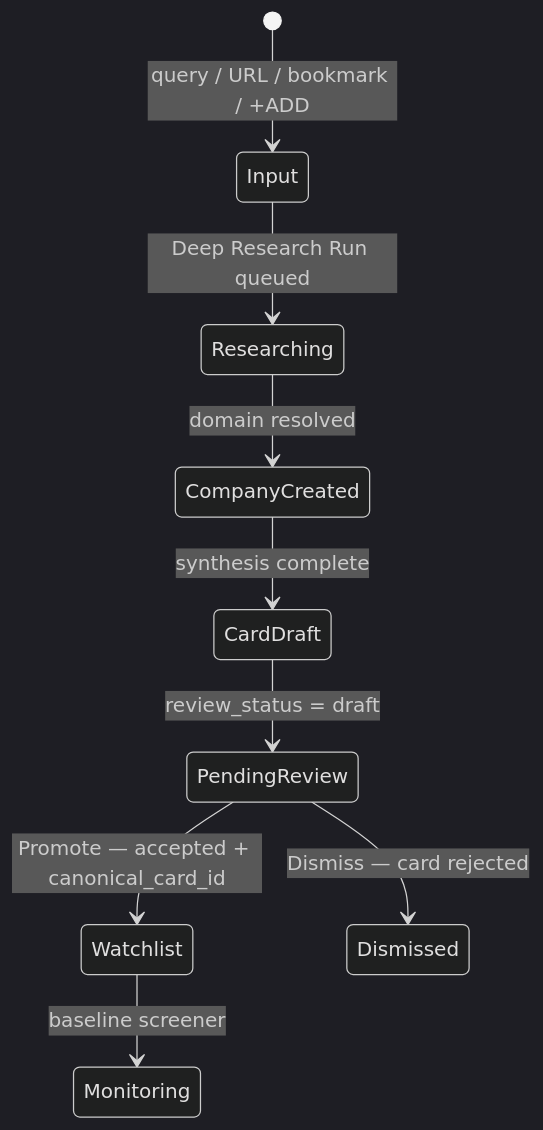
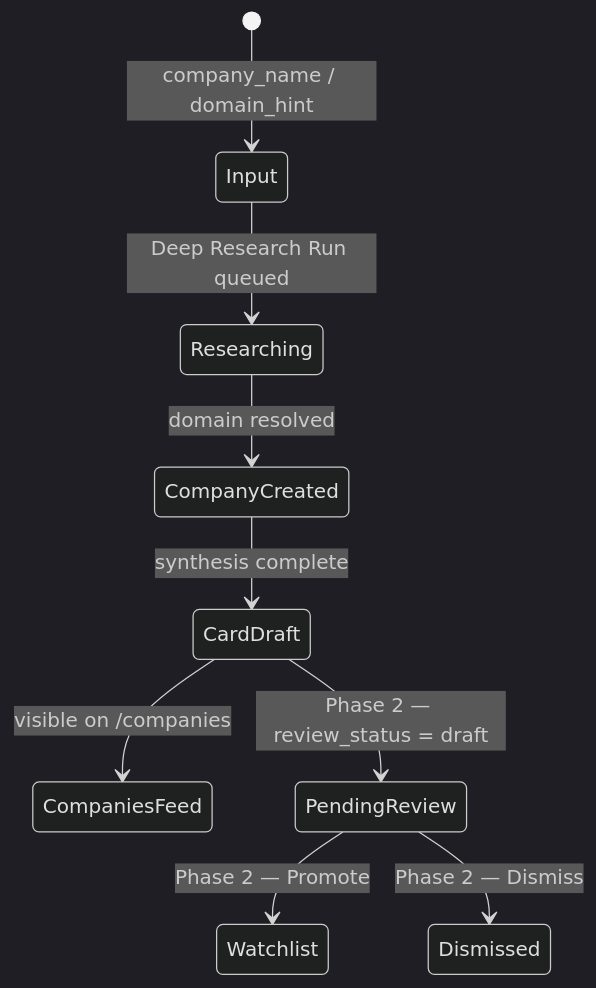
Before and after one commit to Growth-Maschine/NORAD-INTEL-ENGINE-V1: the sixth of 6 diagrams in docs/phase-1/P1-03.md, drawn with Mermaid (dark theme). The commit also changed other lines of this file and 12 other files, not shown here.

````diff
--- a/docs/phase-1/P1-03.md
+++ b/docs/phase-1/P1-03.md
@@ -492,11 +373,11 @@
 ```mermaid
 stateDiagram-v2
-    [*] --> Input: query / URL / bookmark / +ADD
+    [*] --> Input: company_name / domain_hint
     Input --> Researching: Deep Research Run queued
     Researching --> CompanyCreated: domain resolved
     CompanyCreated --> CardDraft: synthesis complete
-    CardDraft --> PendingReview: review_status = draft
-    PendingReview --> Watchlist: Promote — accepted + canonical_card_id
-    PendingReview --> Dismissed: Dismiss — card rejected
-    Watchlist --> Monitoring: baseline screener
+    CardDraft --> CompaniesFeed: visible on /companies
+    CardDraft --> PendingReview: Phase 2 — review_status = draft
+    PendingReview --> Watchlist: Phase 2 — Promote
+    PendingReview --> Dismissed: Phase 2 — Dismiss
 ```
````
